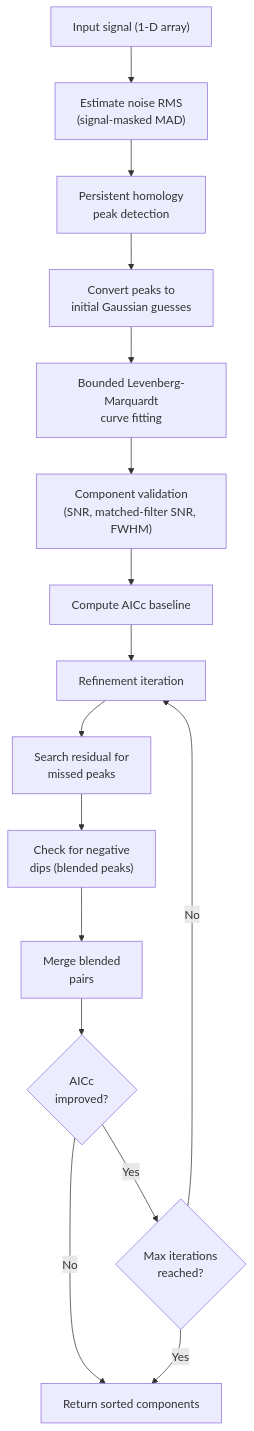
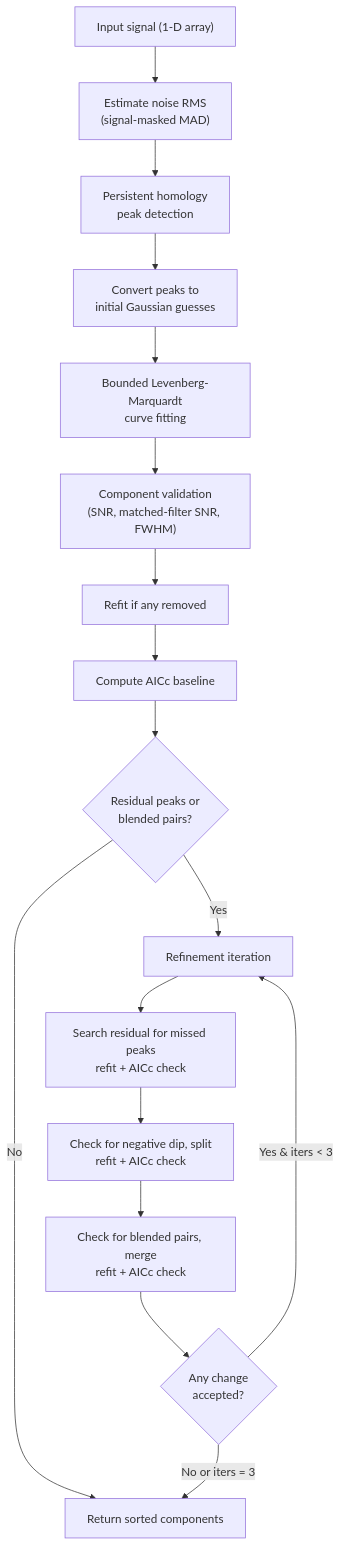
The diagram in packages/docs/docs/library/algorithm.md (caverac/phspectra), drawn with Mermaid before and after one commit. The commit also changed other lines of this file and 19 other files, not shown here.

````diff
--- a/packages/docs/docs/library/algorithm.md
+++ b/packages/docs/docs/library/algorithm.md
@@ -7,18 +7,19 @@
 ```mermaid
 flowchart TD
     S["Input signal (1-D array)"] --> RMS["Estimate noise RMS<br/>(signal-masked MAD)"]
     RMS --> PH["Persistent homology<br/>peak detection"]
     PH --> IG["Convert peaks to<br/>initial Gaussian guesses"]
     IG --> FIT["Bounded Levenberg-Marquardt<br/>curve fitting"]
     FIT --> VAL["Component validation<br/>(SNR, matched-filter SNR, FWHM)"]
-    VAL --> AICC["Compute AICc baseline"]
-    AICC --> LOOP["Refinement iteration"]
-    LOOP --> RES["Search residual for<br/>missed peaks"]
-    RES --> DIP["Check for negative<br/>dips (blended peaks)"]
-    DIP --> MRG["Merge blended<br/>pairs"]
-    MRG --> ACC{"AICc<br/>improved?"}
-    ACC -- "Yes" --> AGAIN{"Max iterations<br/>reached?"}
-    ACC -- "No" --> OUT["Return sorted components"]
-    AGAIN -- "No" --> LOOP
-    AGAIN -- "Yes" --> OUT
+    VAL --> REFIT["Refit if any removed"]
+    REFIT --> AICC["Compute AICc baseline"]
+    AICC --> X{"Residual peaks or<br/>blended pairs?"}
+    X -- No --> OUT["Return sorted components"]
+    X -- Yes --> LOOP["Refinement iteration"]
+    LOOP --> RES["Search residual for missed peaks<br/>refit + AICc check"]
+    RES --> DIP["Check for negative dip, split<br/>refit + AICc check"]
+    DIP --> MRG["Check for blended pairs, merge<br/>refit + AICc check"]
+    MRG --> ACC{"Any change<br/>accepted?"}
+    ACC -- "Yes & iters < 3" --> LOOP
+    ACC -- "No or iters = 3" --> OUT
 ```
````
